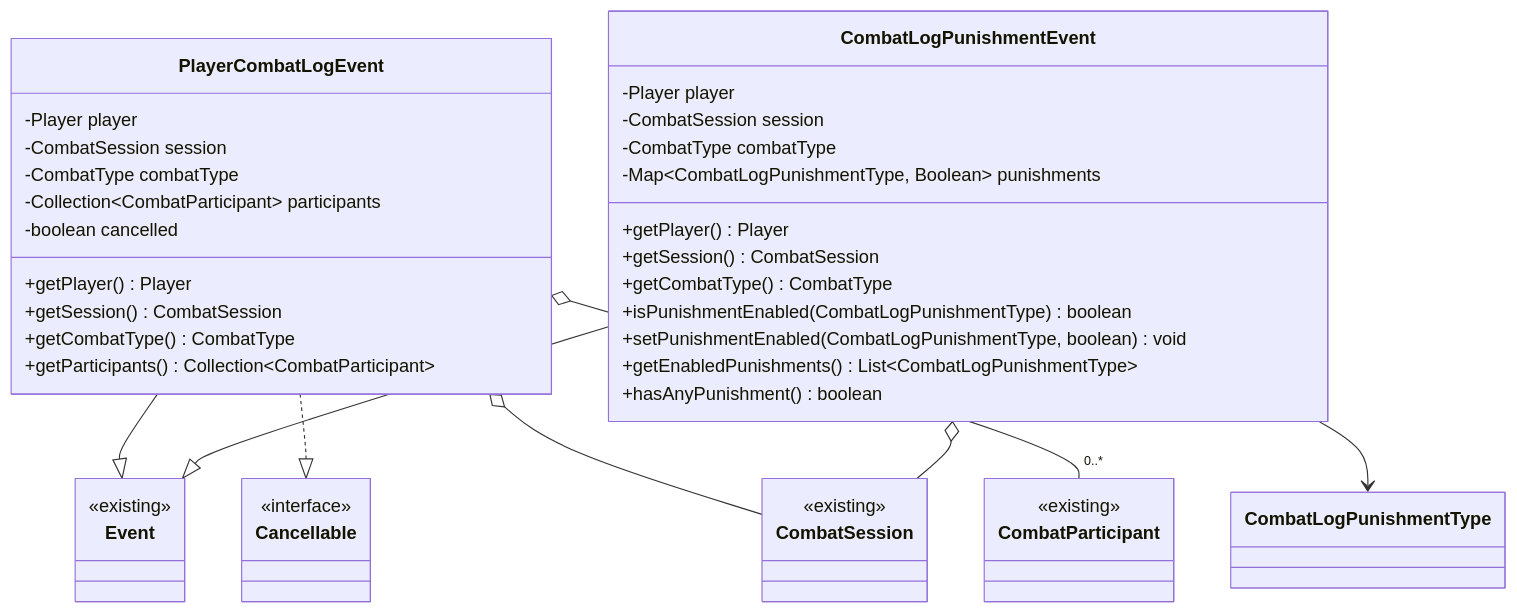
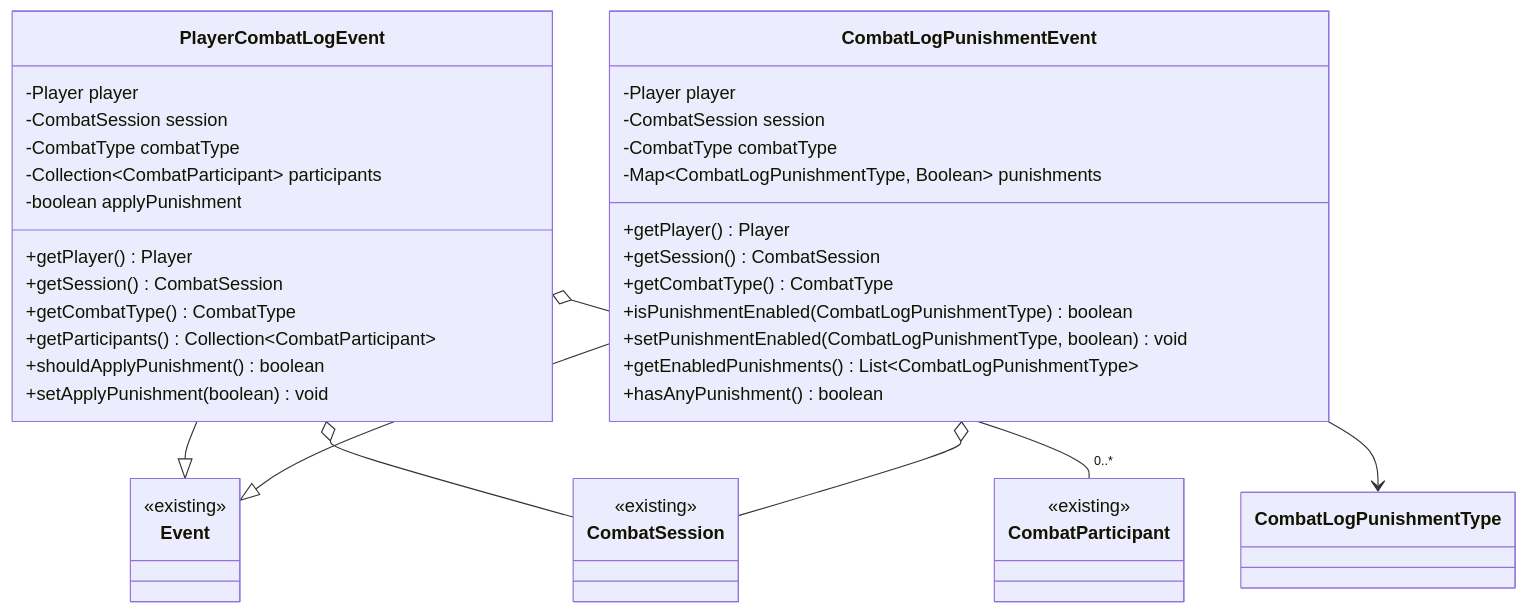
The second of 4 diagrams in docs/lld/combat-tracker/phase-3-combat-log-and-display.md (DiamondDagger590/McRPG), drawn with Mermaid before and after one commit. The commit also changed other lines of this file and 51 other files, not shown here.

First line of the commit message:
Implement combat log detection and punishment system (#322)

````diff
--- a/docs/lld/combat-tracker/phase-3-combat-log-and-display.md
+++ b/docs/lld/combat-tracker/phase-3-combat-log-and-display.md
@@ -167,53 +168,49 @@
 ```mermaid
 classDiagram
     class PlayerCombatLogEvent {
         -Player player
         -CombatSession session
         -CombatType combatType
         -Collection~CombatParticipant~ participants
-        -boolean cancelled
+        -boolean applyPunishment
         +getPlayer() Player
         +getSession() CombatSession
         +getCombatType() CombatType
         +getParticipants() Collection~CombatParticipant~
+        +shouldApplyPunishment() boolean
+        +setApplyPunishment(boolean) void
     }
 
     class CombatLogPunishmentEvent {
         -Player player
         -CombatSession session
         -CombatType combatType
         -Map~CombatLogPunishmentType, Boolean~ punishments
         +getPlayer() Player
         +getSession() CombatSession
         +getCombatType() CombatType
         +isPunishmentEnabled(CombatLogPunishmentType) boolean
         +setPunishmentEnabled(CombatLogPunishmentType, boolean) void
         +getEnabledPunishments() List~CombatLogPunishmentType~
         +hasAnyPunishment() boolean
     }
 
     class Event {
         <<existing>>
     }
 
-    class Cancellable {
-        <<interface>>
-        <<existing>>
-    }
-
     class CombatSession {
         <<existing>>
     }
 
     class CombatParticipant {
         <<existing>>
     }
 
     PlayerCombatLogEvent --|> Event
-    PlayerCombatLogEvent ..|> Cancellable
     PlayerCombatLogEvent o-- CombatSession
     PlayerCombatLogEvent o-- "0..*" CombatParticipant
     CombatLogPunishmentEvent --|> Event
     CombatLogPunishmentEvent o-- CombatSession
     CombatLogPunishmentEvent --> CombatLogPunishmentType
 ```
````
